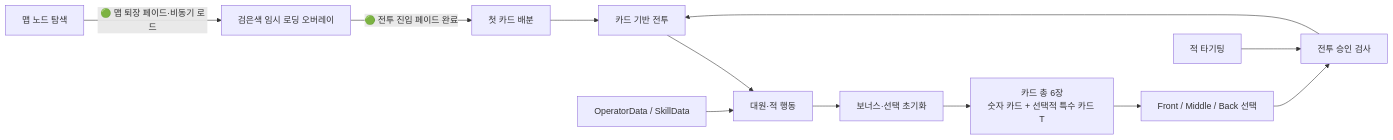
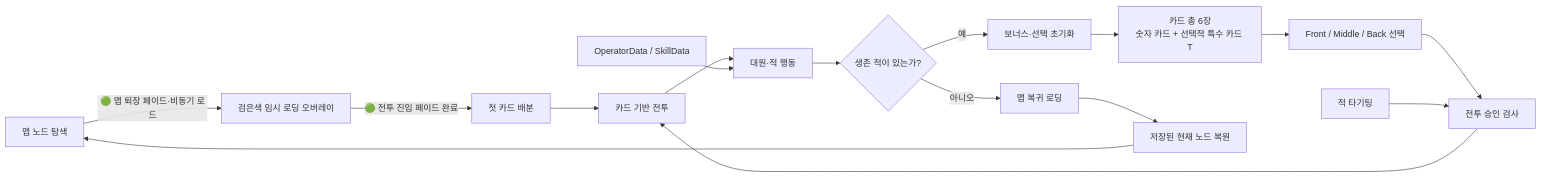
The diagram in wiki/랜드인트 작전기록 대문.md (icrf-hot/Randint_Strategy_Record), drawn with Mermaid before and after one commit. The commit also changed other lines of this file and 24 other files, not shown here.

````diff
--- a/wiki/랜드인트 작전기록 대문.md
+++ b/wiki/랜드인트 작전기록 대문.md
@@ -37,14 +37,18 @@
 ```mermaid
 flowchart LR
     Map[맵 노드 탐색] -->|🟢 맵 퇴장 페이드·비동기 로드| Loading[검은색 임시 로딩 오버레이]
     Loading -->|🟢 전투 진입 페이드 완료| Deal[첫 카드 배분]
     Deal --> Battle[카드 기반 전투]
     Card[카드 총 6장<br/>숫자 카드 + 선택적 특수 카드 T] --> Select[Front / Middle / Back 선택]
     Select --> Gate[전투 승인 검사]
     Target[적 타기팅] --> Gate
     Gate --> Battle
     Battle --> Actor[대원·적 행동]
-    Actor --> Reset[보너스·선택 초기화]
+    Actor --> Victory{생존 적이 있는가?}
+    Victory -->|예| Reset[보너스·선택 초기화]
     Reset --> Card
+    Victory -->|아니오| Return[맵 복귀 로딩]
+    Return --> Restore[저장된 현재 노드 복원]
+    Restore --> Map
     Data[OperatorData / SkillData] --> Actor
 ```
````
